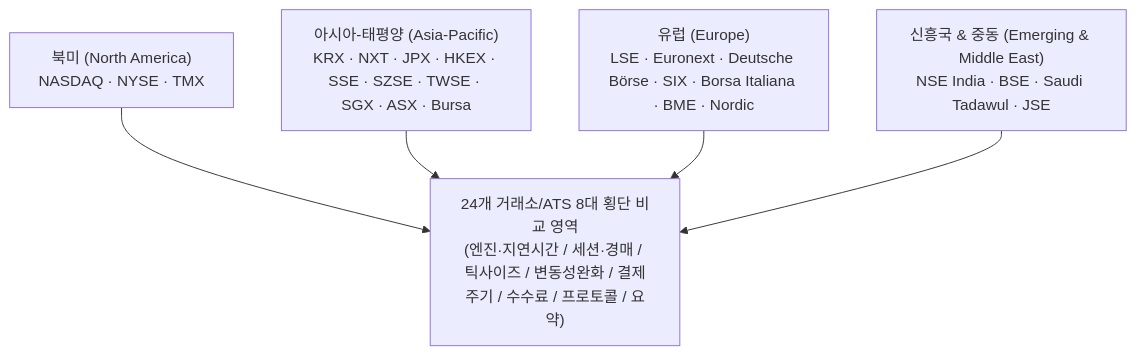
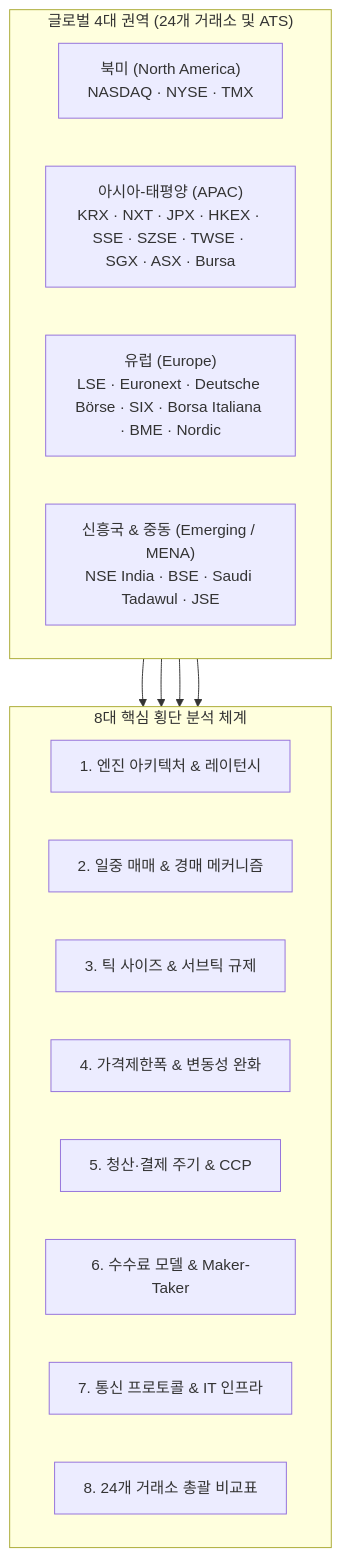
One commit to keimania/global-exchanges changed the first of 4 diagrams in ko/comparison_matrix.md. Above: the diagram before and after it, drawn with Mermaid. The commit also changed other lines of this file and 3 other files, not shown here.

Commit message:
fix: resolve Mermaid hidden element 0-dimension layout bug and restructure Section 1 & 5 diagrams

````diff
--- a/ko/comparison_matrix.md
+++ b/ko/comparison_matrix.md
@@ -14,14 +14,27 @@
 ```mermaid
 flowchart TD
-    NA["북미 (North America)<br>NASDAQ · NYSE · TMX"]
-    APAC["아시아-태평양 (Asia-Pacific)<br>KRX · NXT · JPX · HKEX · SSE · SZSE · TWSE · SGX · ASX · Bursa"]
-    EU["유럽 (Europe)<br>LSE · Euronext · Deutsche Börse · SIX · Borsa Italiana · BME · Nordic"]
-    EM["신흥국 & 중동 (Emerging & Middle East)<br>NSE India · BSE · Saudi Tadawul · JSE"]
+    subgraph Regions["글로벌 4대 권역 (24개 거래소 및 ATS)"]
+        direction LR
+        NA["북미 (North America)<br>NASDAQ · NYSE · TMX"]
+        APAC["아시아-태평양 (APAC)<br>KRX · NXT · JPX · HKEX · SSE · SZSE · TWSE · SGX · ASX · Bursa"]
+        EU["유럽 (Europe)<br>LSE · Euronext · Deutsche Börse · SIX · Borsa Italiana · BME · Nordic"]
+        EM["신흥국 & 중동 (Emerging / MENA)<br>NSE India · BSE · Saudi Tadawul · JSE"]
+    end
 
-    Matrix["24개 거래소/ATS 8대 횡단 비교 영역<br>(엔진·지연시간 / 세션·경매 / 틱사이즈 / 변동성완화 / 결제주기 / 수수료 / 프로토콜 / 요약)"]
+    subgraph Pillars["8대 핵심 횡단 분석 체계"]
+        direction LR
+        P1["1. 엔진 아키텍처 & 레이턴시"]
+        P2["2. 일중 매매 & 경매 메커니즘"]
+        P3["3. 틱 사이즈 & 서브틱 규제"]
+        P4["4. 가격제한폭 & 변동성 완화"]
+        P5["5. 청산·결제 주기 & CCP"]
+        P6["6. 수수료 모델 & Maker-Taker"]
+        P7["7. 통신 프로토콜 & IT 인프라"]
+        P8["8. 24개 거래소 총괄 비교표"]
+    end
 
-    NA --> Matrix
-    APAC --> Matrix
-    EU --> Matrix
-    EM --> Matrix
+    NA --> P1
+    APAC --> P3
+    EU --> P5
+    EM --> P7
 ```
````
